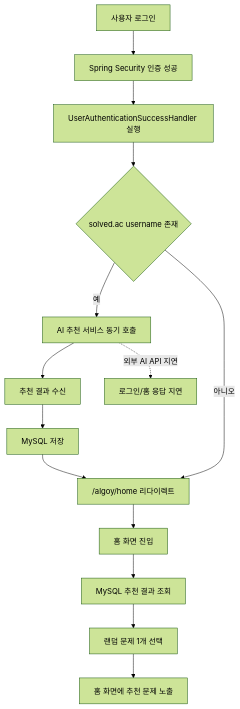
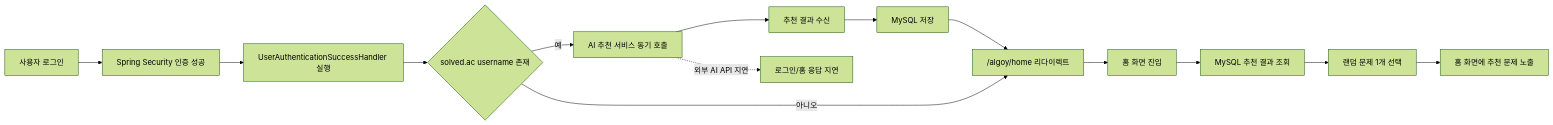
The first of 2 diagrams in README.md (high-five-algoy/Algoy-Web), drawn with Mermaid (forest theme) before and after one commit. The commit also changed other lines of this file and 1 other file, not shown here.

````diff
--- a/README.md
+++ b/README.md
@@ -37,16 +37,16 @@
 ```mermaid
-flowchart TD
+flowchart LR
     A["사용자 로그인"] --> B["Spring Security 인증 성공"]
     B --> C["UserAuthenticationSuccessHandler 실행"]
     C --> D{"solved.ac username 존재"}
     D -- "예" --> E["AI 추천 서비스 동기 호출"]
     E --> F["추천 결과 수신"]
     F --> G["MySQL 저장"]
     G --> H["/algoy/home 리다이렉트"]
     D -- "아니오" --> H
     H --> I["홈 화면 진입"]
     I --> J["MySQL 추천 결과 조회"]
     J --> K["랜덤 문제 1개 선택"]
     K --> L["홈 화면에 추천 문제 노출"]
     E -. "외부 AI API 지연" .-> M["로그인/홈 응답 지연"]
 ```
````
